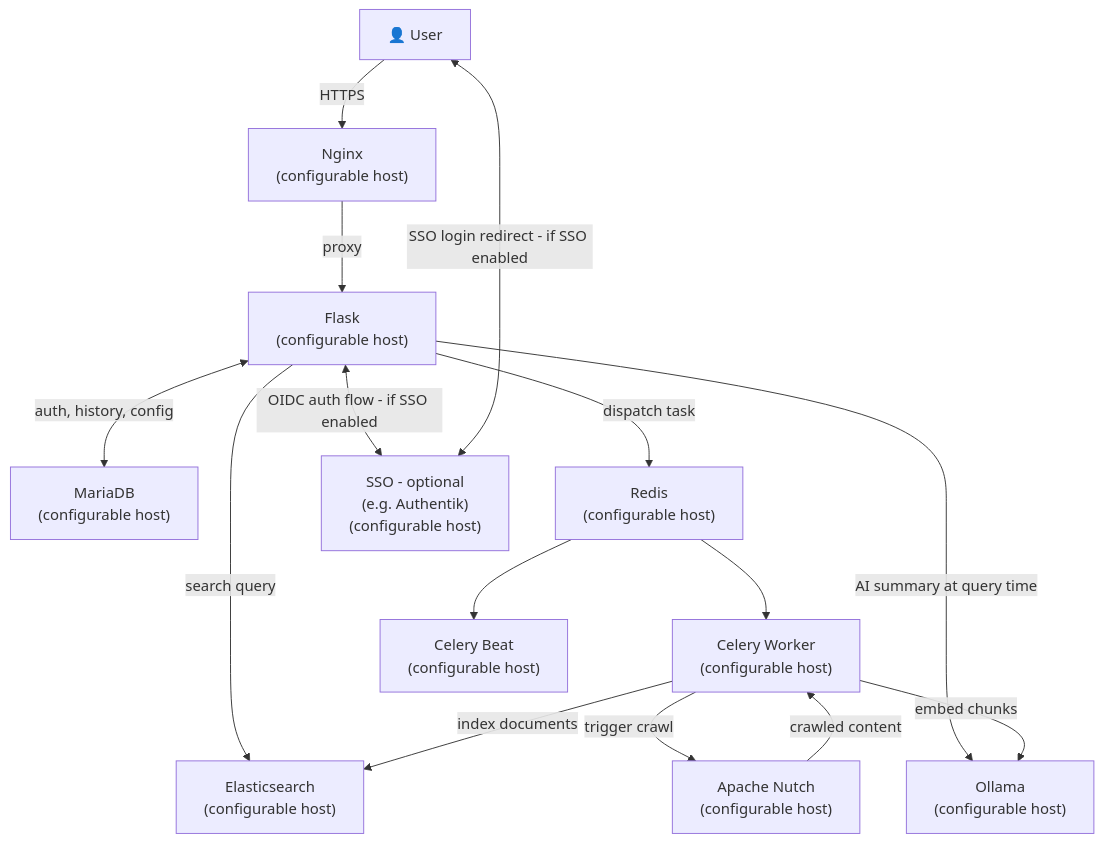
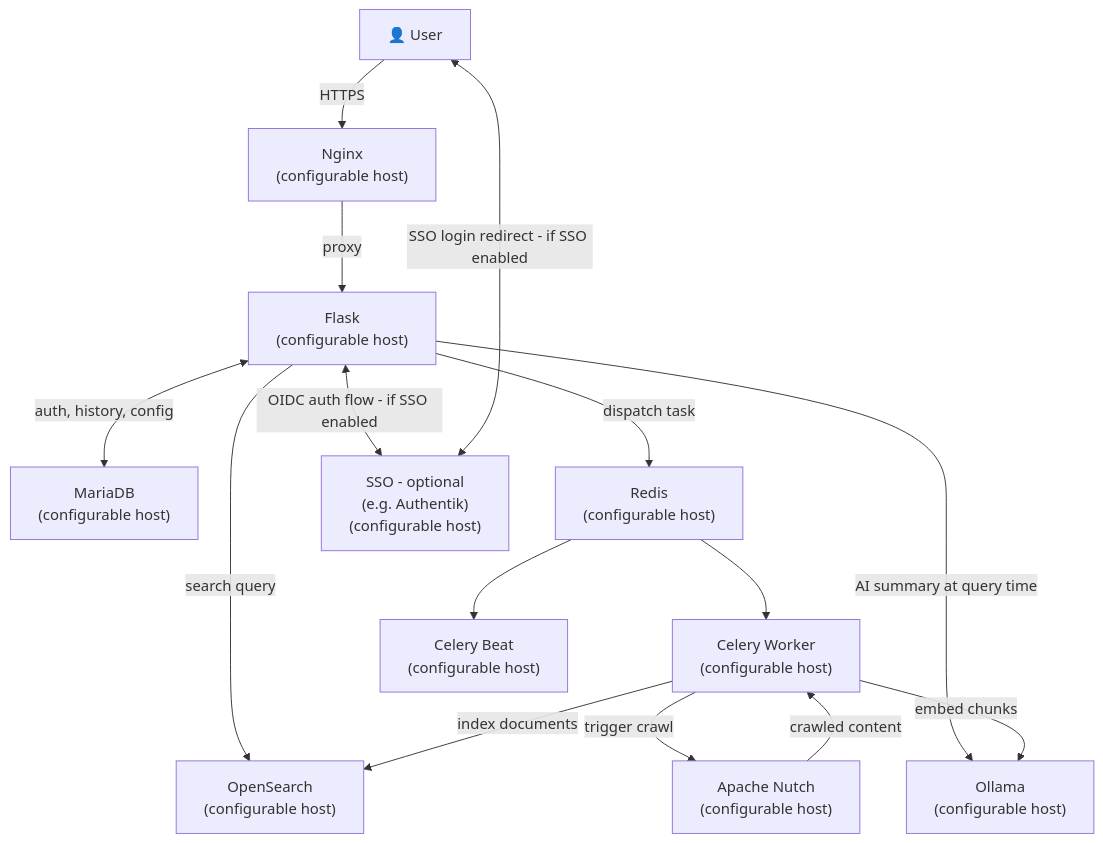
The first of 5 diagrams in DesignDoc.md (eyeclept/SHSE), drawn with Mermaid before and after one commit. The commit also changed other lines of this file and 3 other files, not shown here.

````diff
--- a/DesignDoc.md
+++ b/DesignDoc.md
@@ -44,30 +44,30 @@
 ```mermaid
 graph TD
     User["👤 User"]
 
     Nginx["Nginx\n(configurable host)"]
     Flask["Flask\n(configurable host)"]
     MariaDB["MariaDB\n(configurable host)"]
-    ES["Elasticsearch\n(configurable host)"]
+    OS["OpenSearch\n(configurable host)"]
     Redis["Redis\n(configurable host)"]
     Celery["Celery Worker\n(configurable host)"]
     Beat["Celery Beat\n(configurable host)"]
     Nutch["Apache Nutch\n(configurable host)"]
     Ollama["Ollama\n(configurable host)"]
     SSO["SSO - optional\n(e.g. Authentik)\n(configurable host)"]
 
     User -->|HTTPS| Nginx
     Nginx -->|proxy| Flask
     Flask <-->|auth, history, config| MariaDB
-    Flask -->|search query| ES
+    Flask -->|search query| OS
     Flask -->|dispatch task| Redis
     Flask -->|AI summary at query time| Ollama
     Flask <-->|OIDC auth flow - if SSO enabled| SSO
     User <-->|SSO login redirect - if SSO enabled| SSO
     Redis --> Celery
     Redis --> Beat
     Celery -->|trigger crawl| Nutch
     Nutch -->|crawled content| Celery
     Celery -->|embed chunks| Ollama
-    Celery -->|index documents| ES
+    Celery -->|index documents| OS
 ```
````
